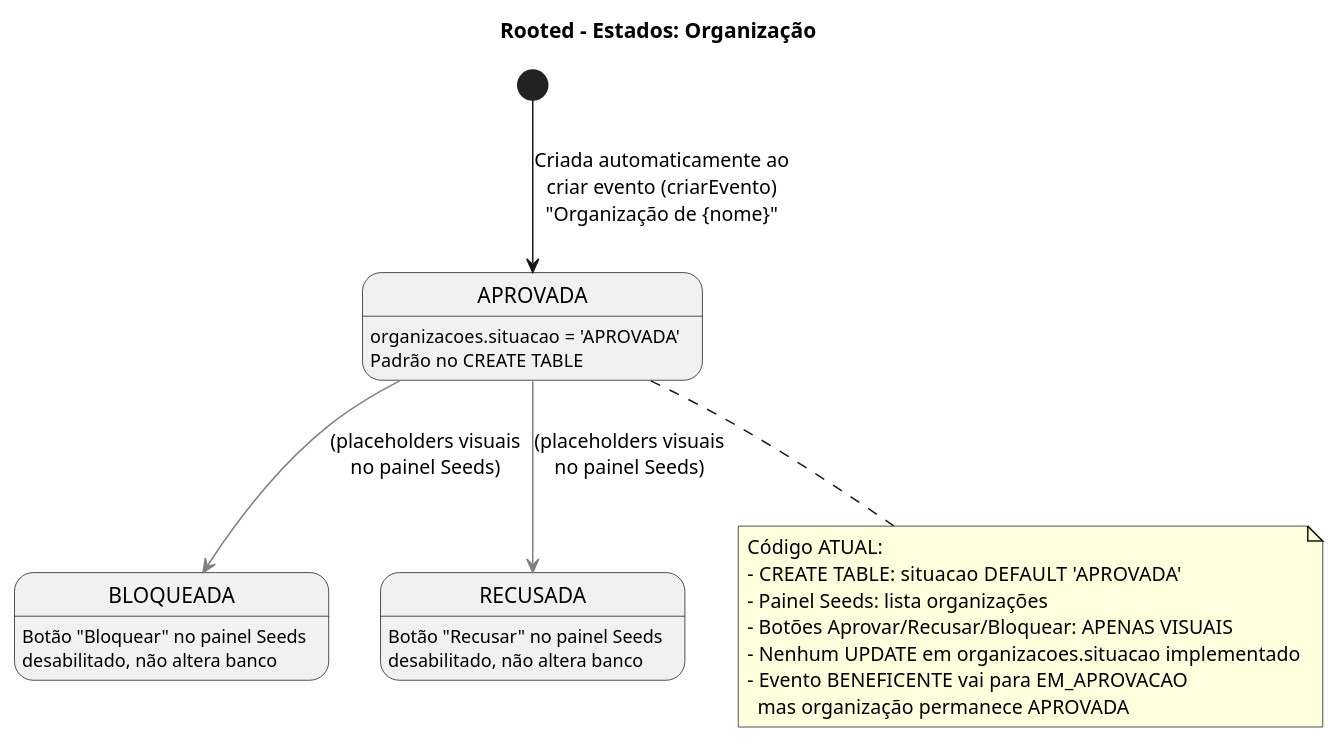
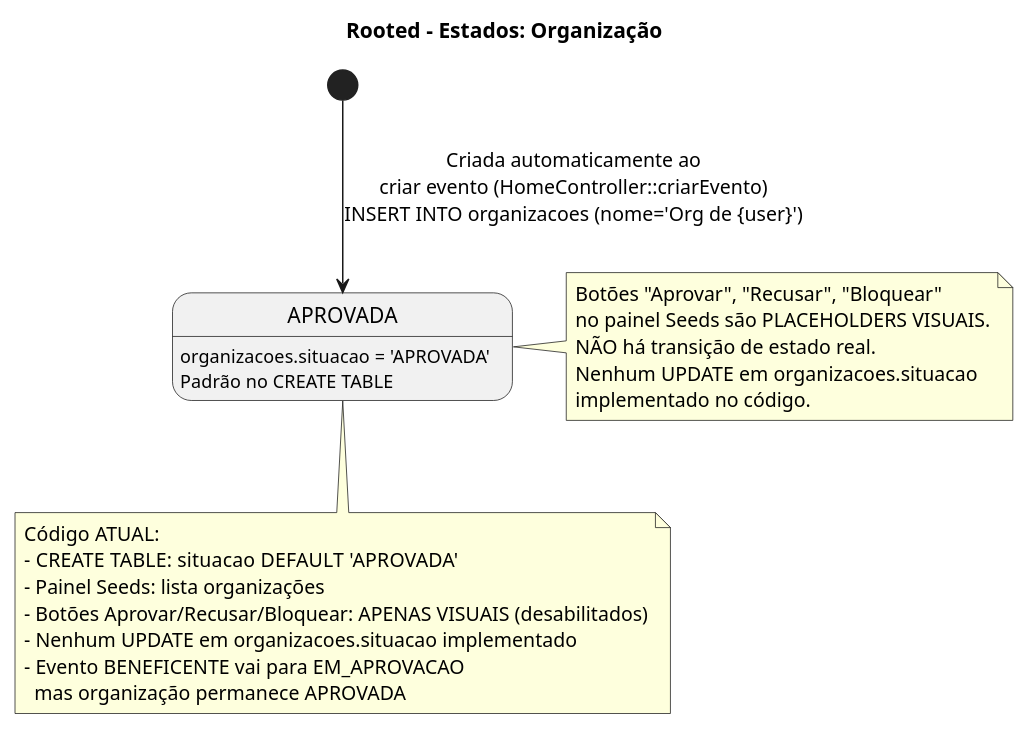
The diagram in docs/diagramas/scripts/16-estados-organizacao.puml (paulothaylam/rooted-projeto), drawn with PlantUML before and after one commit. The commit also changed 39 other files, not shown here.

Commit message:
Atualizando diagramas

```diff
--- a/docs/diagramas/scripts/16-estados-organizacao.puml
+++ b/docs/diagramas/scripts/16-estados-organizacao.puml
@@ -1,26 +1,26 @@
 @startuml
 title Rooted – Estados: Organização
-[*] --> APROVADA : Criada automaticamente ao\ncriar evento (criarEvento)\n"Organização de {nome}"
+[*] --> APROVADA : Criada automaticamente ao\ncriar evento (HomeController::criarEvento)\nINSERT INTO organizacoes (nome='Org de {user}')
 
 state "APROVADA" as APROVADA
 APROVADA : organizacoes.situacao = 'APROVADA'\nPadrão no CREATE TABLE
 
-APROVADA -[#gray]-> BLOQUEADA : (placeholders visuais\nno painel Seeds)
-state "BLOQUEADA" as BLOQUEADA <<não implementado>>
-BLOQUEADA : Botão "Bloquear" no painel Seeds\ndesabilitado, não altera banco
-
-APROVADA -[#gray]-> RECUSADA : (placeholders visuais\nno painel Seeds)
-state "RECUSADA" as RECUSADA <<não implementado>>
-RECUSADA : Botão "Recusar" no painel Seeds\ndesabilitado, não altera banco
+note right of APROVADA
+  Botões "Aprovar", "Recusar", "Bloquear"
+  no painel Seeds são PLACEHOLDERS VISUAIS.
+  NÃO há transição de estado real.
+  Nenhum UPDATE em organizacoes.situacao
+  implementado no código.
+end note
 
 note bottom of APROVADA
   Código ATUAL:
   - CREATE TABLE: situacao DEFAULT 'APROVADA'
   - Painel Seeds: lista organizações
-  - Botões Aprovar/Recusar/Bloquear: APENAS VISUAIS
+  - Botões Aprovar/Recusar/Bloquear: APENAS VISUAIS (desabilitados)
   - Nenhum UPDATE em organizacoes.situacao implementado
   - Evento BENEFICENTE vai para EM_APROVACAO
     mas organização permanece APROVADA
 end note
 
 @enduml
```
